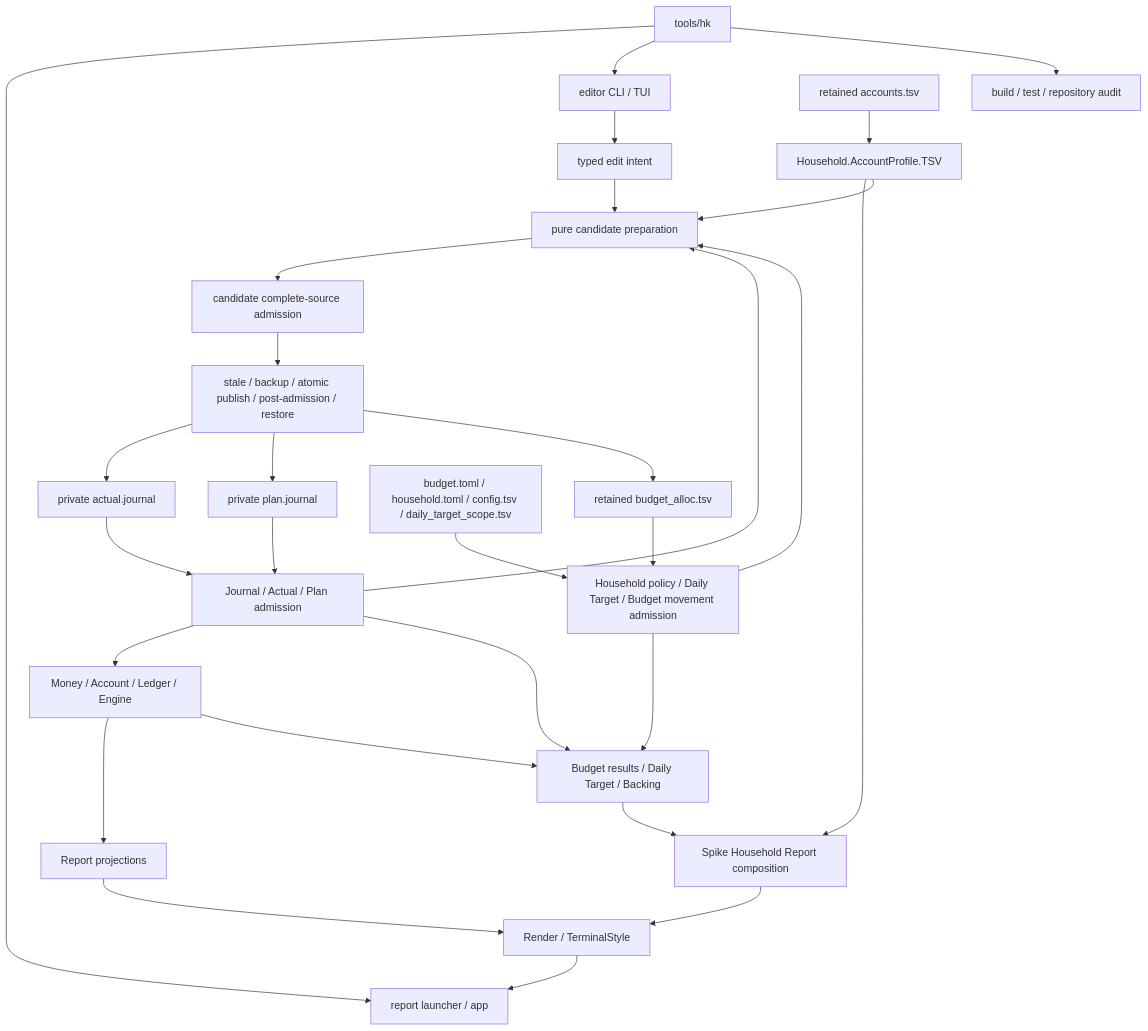
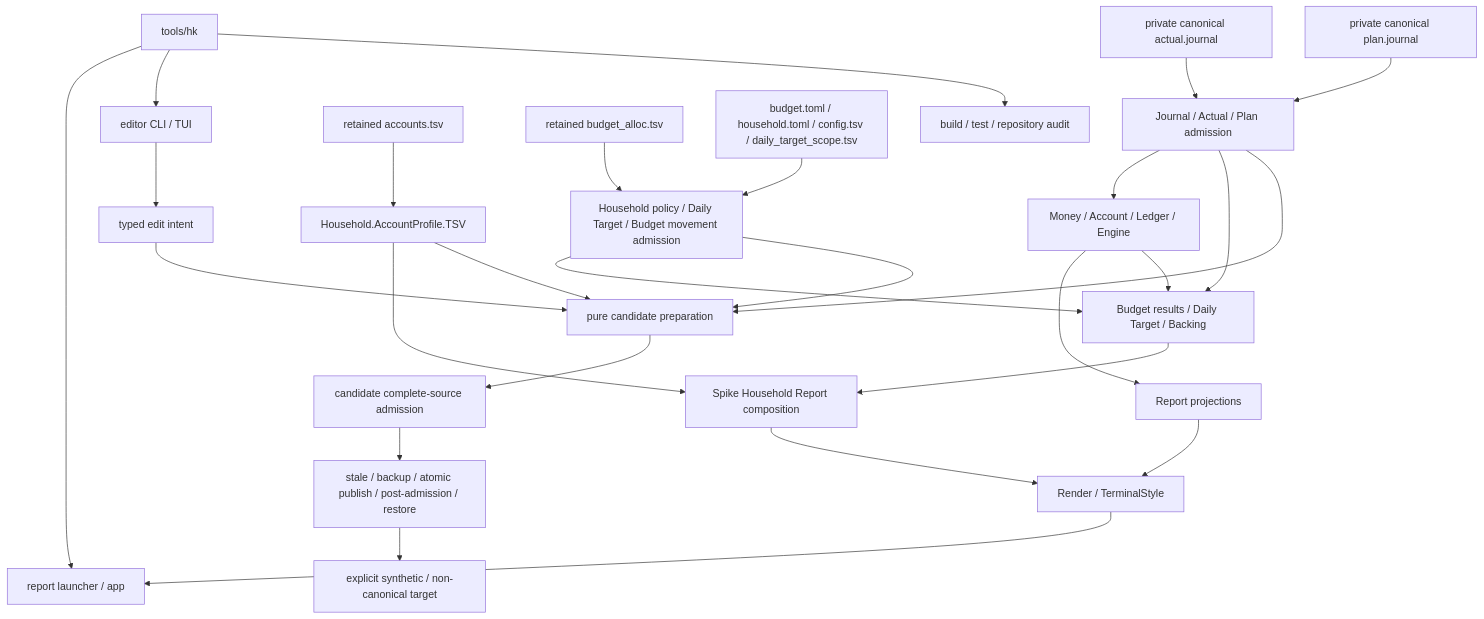
One commit to shumoku88-bit/h-kernel changed the diagram in docs/CODE_MAP_AND_DESIGN_SKETCH.md. Above: the diagram before and after it, drawn with Mermaid. The commit also changed other lines of this file and 1 other file, not shown here.

Commit message:
docs: clarify dependency and writer boundaries

````diff
--- a/docs/CODE_MAP_AND_DESIGN_SKETCH.md
+++ b/docs/CODE_MAP_AND_DESIGN_SKETCH.md
@@ -93,51 +93,50 @@
 ```mermaid
 graph TD
     Hub["tools/hk"]
     ReportApp["report launcher / app"]
     EditorApp["editor CLI / TUI"]
     Checks["build / test / repository audit"]
 
-    ActualSource["private actual.journal"]
-    PlanSource["private plan.journal"]
+    CanonicalActual["private canonical actual.journal"]
+    CanonicalPlan["private canonical plan.journal"]
     AccountProfileSource["retained accounts.tsv"]
     BudgetMovementSource["retained budget_alloc.tsv"]
     ConfigSources["budget.toml / household.toml / config.tsv / daily_target_scope.tsv"]
+    ExplicitWriteTarget["explicit synthetic / non-canonical target"]
 
     CoreAdmission["Journal / Actual / Plan admission"]
     AccountProfileAdmission["Household.AccountProfile.TSV"]
     HouseholdAdmission["Household policy / Daily Target / Budget movement admission"]
     Accounting["Money / Account / Ledger / Engine"]
     Household["Budget results / Daily Target / Backing"]
     Composition["Spike Household Report composition"]
     Reports["Report projections"]
     Render["Render / TerminalStyle"]
 
     Intent["typed edit intent"]
     Candidate["pure candidate preparation"]
     CompleteAdmission["candidate complete-source admission"]
     Writer["stale / backup / atomic publish / post-admission / restore"]
 
     Hub --> ReportApp
     Hub --> EditorApp
     Hub --> Checks
 
-    ActualSource --> CoreAdmission --> Accounting
-    PlanSource --> CoreAdmission
+    CanonicalActual --> CoreAdmission --> Accounting
+    CanonicalPlan --> CoreAdmission
     AccountProfileSource --> AccountProfileAdmission
     BudgetMovementSource --> HouseholdAdmission
     ConfigSources --> HouseholdAdmission
 
     Accounting --> Reports --> Render --> ReportApp
     Accounting --> Household
     CoreAdmission --> Household
     AccountProfileAdmission --> Composition
     HouseholdAdmission --> Household --> Composition --> Render
 
     EditorApp --> Intent --> Candidate --> CompleteAdmission --> Writer
     CoreAdmission --> Candidate
     AccountProfileAdmission --> Candidate
     HouseholdAdmission --> Candidate
-    Writer --> ActualSource
-    Writer --> PlanSource
-    Writer --> BudgetMovementSource
+    Writer --> ExplicitWriteTarget
 ```
````
